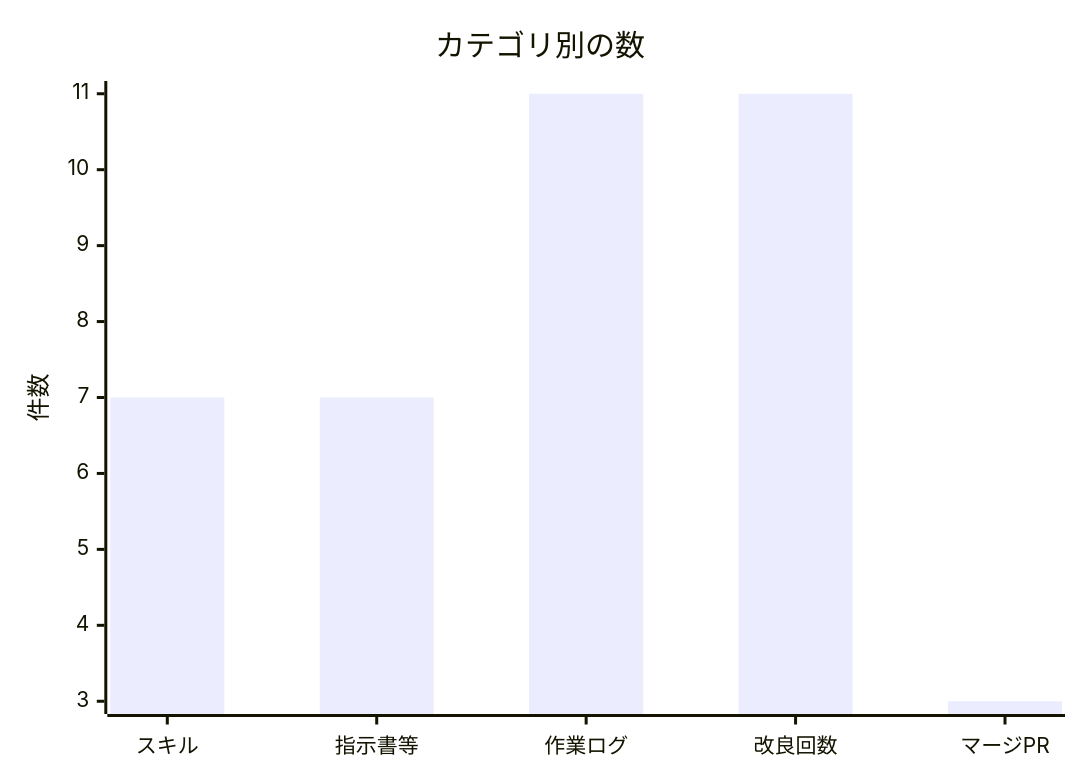
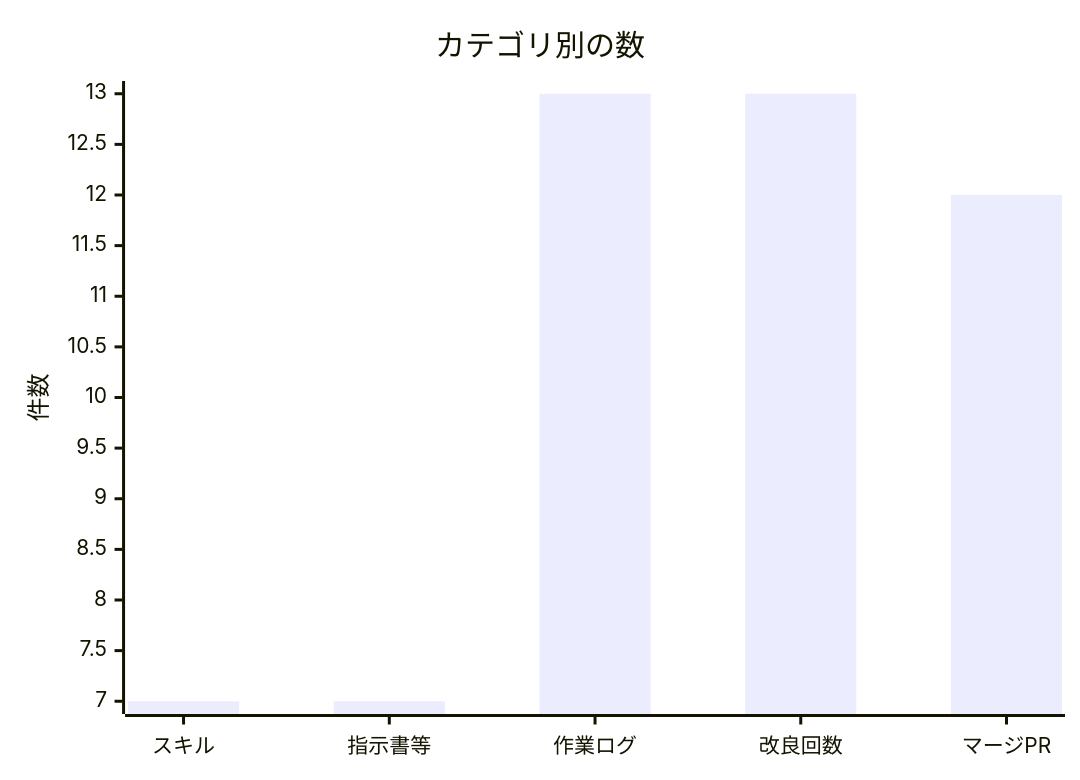
One commit to non-x2/non-x2 changed the second of 2 diagrams in docs/進化レポート.md. Above: the diagram before and after it, drawn with Mermaid. The commit also changed other lines of this file and 8 other files, not shown here.

First line of the commit message:
🌱 見やすさ点検の道具＋地図の丸を押しやすく＋YouTube次の1本の企画 (#63)

````diff
--- a/docs/進化レポート.md
+++ b/docs/進化レポート.md
@@ -35,7 +35,7 @@
 ```mermaid
 xychart-beta
     title "カテゴリ別の数"
     x-axis ["スキル", "指示書等", "作業ログ", "改良回数", "マージPR"]
     y-axis "件数"
-    bar [7, 7, 11, 11, 3]
+    bar [7, 7, 13, 13, 12]
 ```
````
